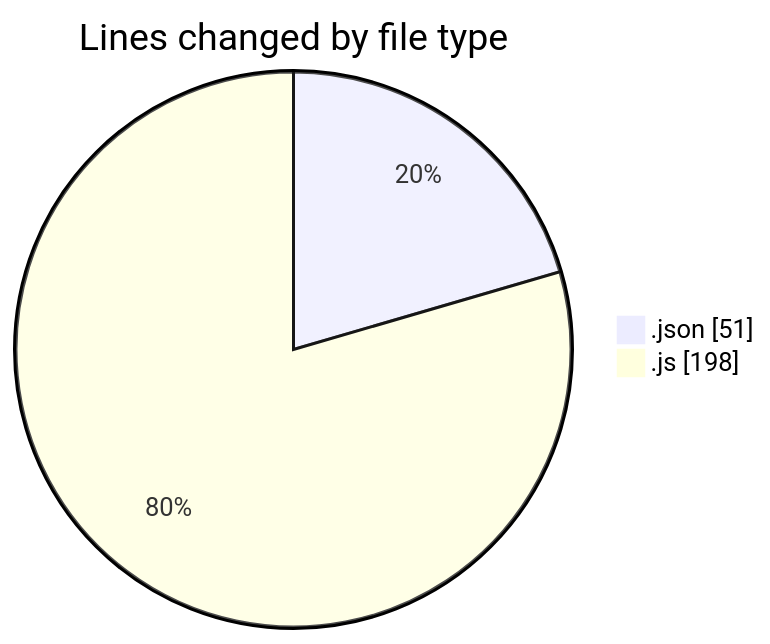
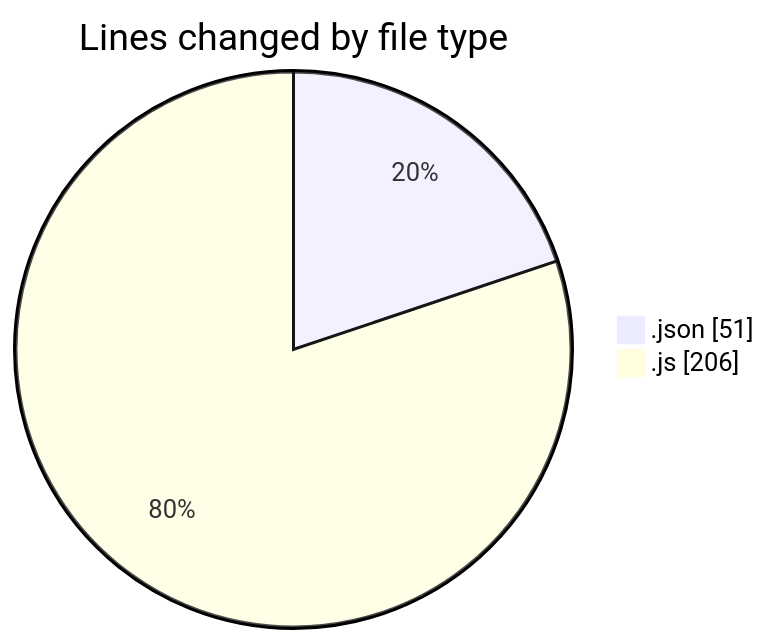
The first of 2 diagrams in 2025-10-08/cda/README.md (momahboobian/code-tracking), drawn with Mermaid before and after one commit. The commit also changed other lines of this file and 1 other file, not shown here.

````diff
--- a/2025-10-08/cda/README.md
+++ b/2025-10-08/cda/README.md
@@ -21,6 +21,6 @@
 ```mermaid
 pie showData
 title Lines changed by file type
 ".json" : 51
-".js" : 198
+".js" : 206
 ```
````
